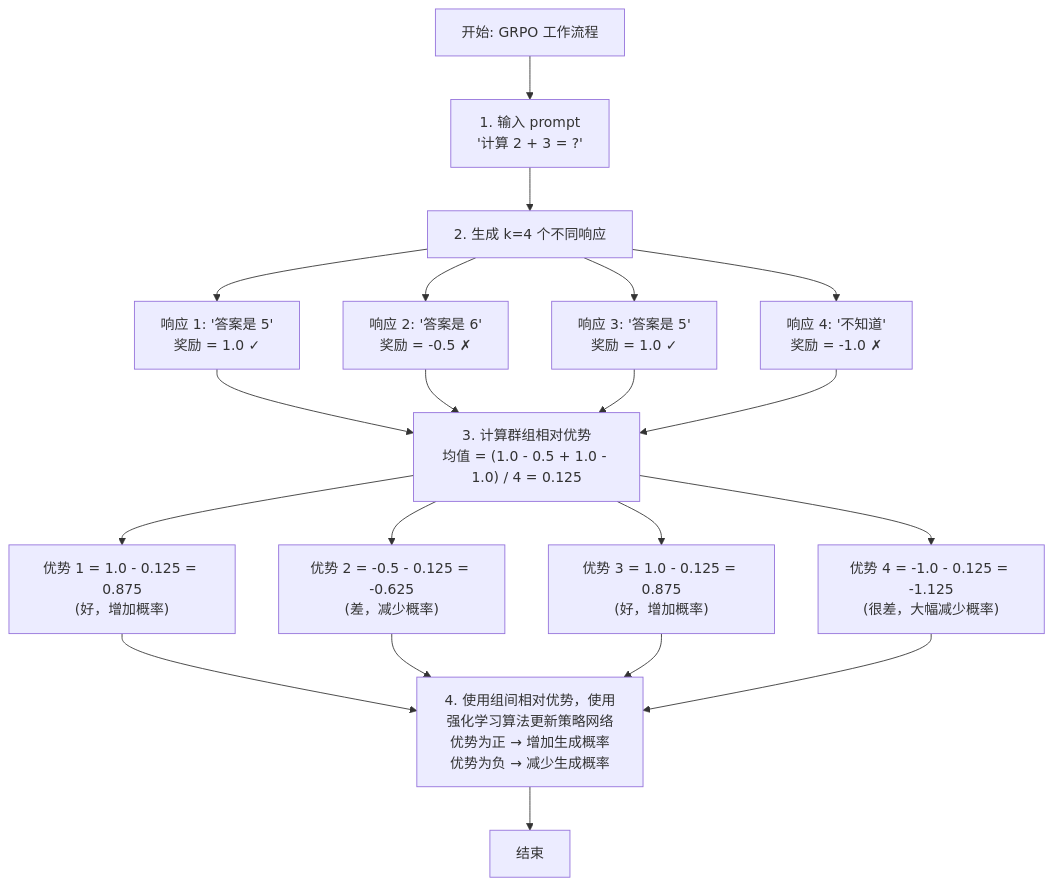
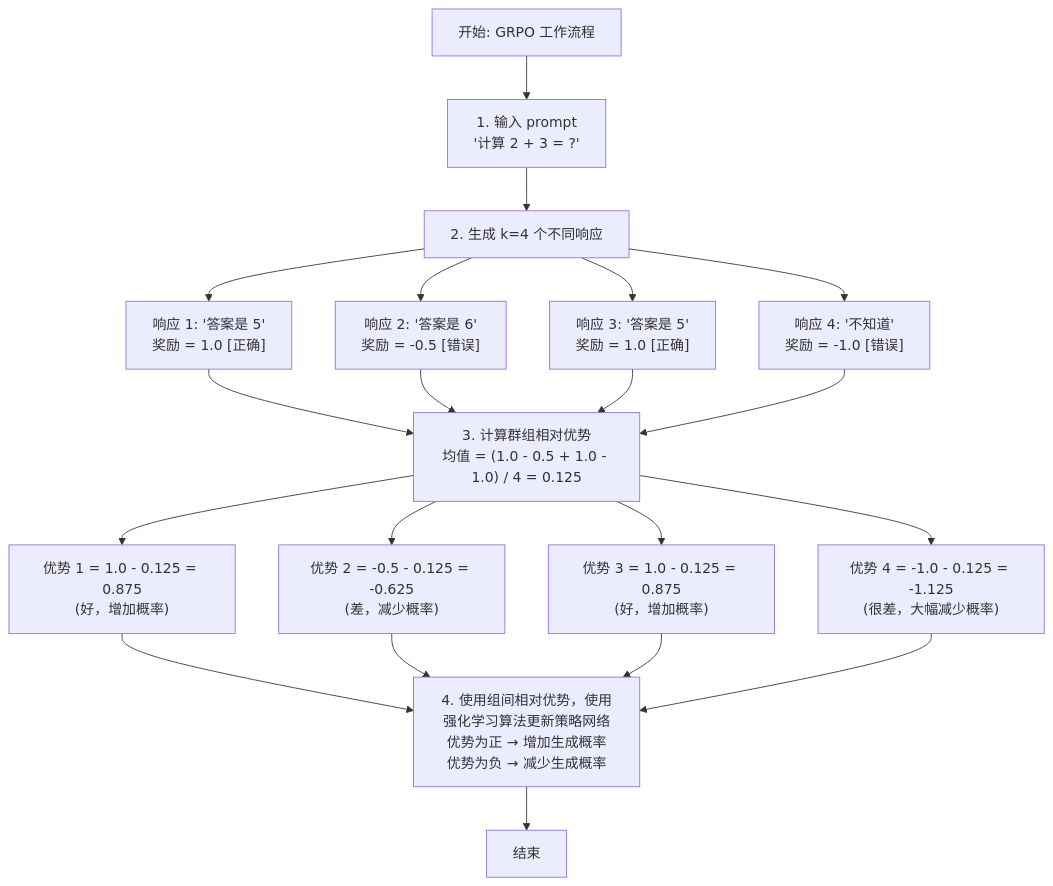
Before and after one commit to Hyacehila/hyacehila.github.io: the first of 2 diagrams in _posts/2025-12-30-Re0HF-04.md, drawn with Mermaid. The commit also changed other lines of this file and 10 other files, not shown here.

````diff
--- a/_posts/2025-12-30-Re0HF-04.md
+++ b/_posts/2025-12-30-Re0HF-04.md
@@ -115,48 +115,48 @@
 ```mermaid
 flowchart TD
     Start[开始: GRPO 工作流程]
 
     Step1["1. 输入 prompt<br/>'计算 2 + 3 = ?'"]
 
     Step2["2. 生成 k=4 个不同响应"]
 
-    R1["响应 1: '答案是 5'<br/>奖励 = 1.0 ✓"]
-    R2["响应 2: '答案是 6'<br/>奖励 = -0.5 ✗"]
-    R3["响应 3: '答案是 5'<br/>奖励 = 1.0 ✓"]
-    R4["响应 4: '不知道'<br/>奖励 = -1.0 ✗"]
+    R1["响应 1: '答案是 5'<br/>奖励 = 1.0 [正确]"]
+    R2["响应 2: '答案是 6'<br/>奖励 = -0.5 [错误]"]
+    R3["响应 3: '答案是 5'<br/>奖励 = 1.0 [正确]"]
+    R4["响应 4: '不知道'<br/>奖励 = -1.0 [错误]"]
 
     Step3["3. 计算群组相对优势<br/>均值 = (1.0 - 0.5 + 1.0 - 1.0) / 4 = 0.125"]
 
     A1["优势 1 = 1.0 - 0.125 = 0.875<br/>(好，增加概率)"]
     A2["优势 2 = -0.5 - 0.125 = -0.625<br/>(差，减少概率)"]
     A3["优势 3 = 1.0 - 0.125 = 0.875<br/>(好，增加概率)"]
     A4["优势 4 = -1.0 - 0.125 = -1.125<br/>(很差，大幅减少概率)"]
 
     Step4["4. 使用组间相对优势，使用强化学习算法更新策略网络<br/>优势为正 → 增加生成概率<br/>优势为负 → 减少生成概率"]
 
     End[结束]
 
     Start --> Step1
     Step1 --> Step2
     Step2 --> R1
     Step2 --> R2
     Step2 --> R3
     Step2 --> R4
 
     R1 --> Step3
     R2 --> Step3
     R3 --> Step3
     R4 --> Step3
 
     Step3 --> A1
     Step3 --> A2
     Step3 --> A3
     Step3 --> A4
 
     A1 --> Step4
     A2 --> Step4
     A3 --> Step4
     A4 --> Step4
 
     Step4 --> End
 ```
````
